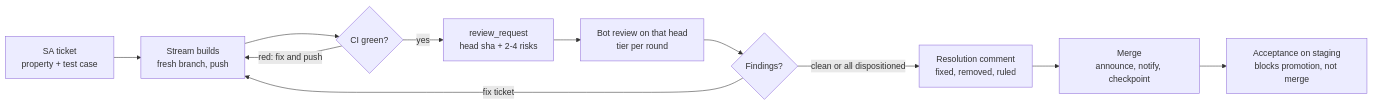
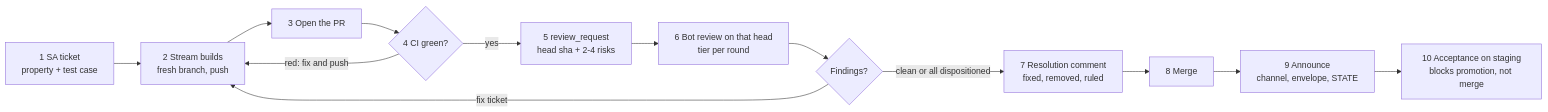
Before and after one commit to JSVH77/ai-workstream-control-plane: the diagram in branching-and-review.md, drawn with Mermaid. The commit also changed other lines of this file, not shown here.

Commit message:
docs: claim-before-check for the review guard; diagram maps all 10 steps (Codex r1)

````diff
--- a/branching-and-review.md
+++ b/branching-and-review.md
@@ -89,13 +89,15 @@
 ```mermaid
 flowchart LR
-  T["SA ticket<br/>property + test case"] --> B["Stream builds<br/>fresh branch, push"]
-  B --> CI{"CI green?"}
+  T["1 SA ticket<br/>property + test case"] --> B["2 Stream builds<br/>fresh branch, push"]
+  B --> O["3 Open the PR"]
+  O --> CI{"4 CI green?"}
   CI -- "red: fix and push" --> B
-  CI -- "yes" --> RR["review_request<br/>head sha + 2-4 risks"]
-  RR --> CX["Bot review on that head<br/>tier per round"]
+  CI -- "yes" --> RR["5 review_request<br/>head sha + 2-4 risks"]
+  RR --> CX["6 Bot review on that head<br/>tier per round"]
   CX --> F{"Findings?"}
   F -- "fix ticket" --> B
-  F -- "clean or all dispositioned" --> RC["Resolution comment<br/>fixed, removed, ruled"]
-  RC --> M["Merge<br/>announce, notify, checkpoint"]
-  M --> P["Acceptance on staging<br/>blocks promotion, not merge"]
+  F -- "clean or all dispositioned" --> RC["7 Resolution comment<br/>fixed, removed, ruled"]
+  RC --> M["8 Merge"]
+  M --> AN["9 Announce<br/>channel, envelope, STATE"]
+  AN --> P["10 Acceptance on staging<br/>blocks promotion, not merge"]
 ```
````
